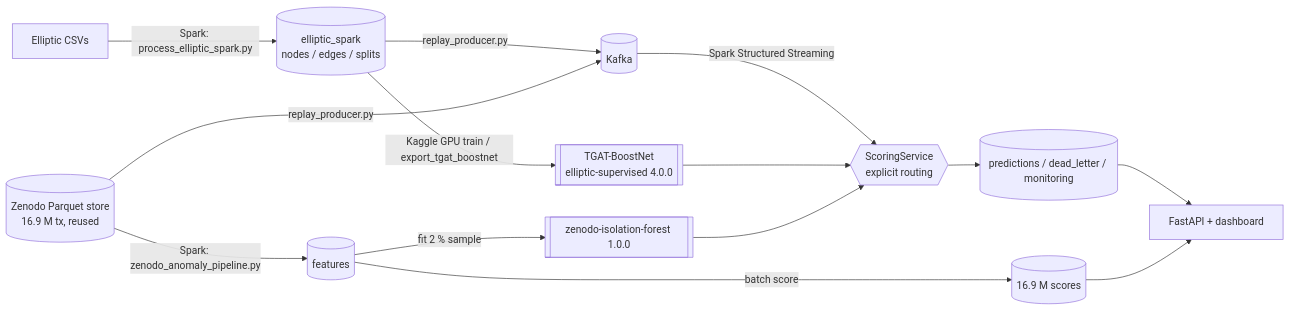
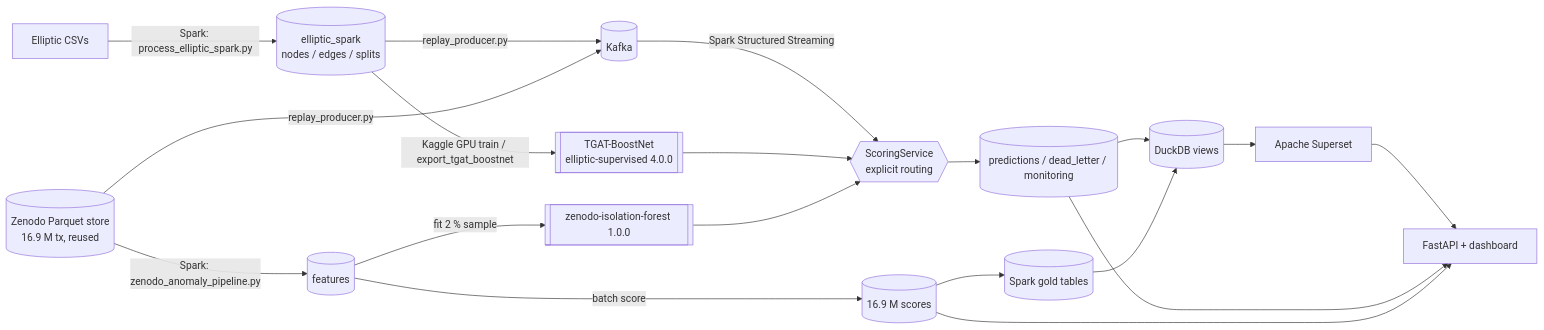
One commit to Rayaanarora/blockchain-streaming-anomaly-detection changed the diagram in README.md. Above: the diagram before and after it, drawn with Mermaid. The commit also changed other lines of this file and 22 other files, not shown here.

````diff
--- a/README.md
+++ b/README.md
@@ -27,16 +28,19 @@
 ```mermaid
 flowchart LR
   EC[Elliptic CSVs] -->|Spark: process_elliptic_spark.py| ES[(elliptic_spark<br/>nodes / edges / splits)]
   ZP[(Zenodo Parquet store<br/>16.9 M tx, reused)] -->|Spark: zenodo_anomaly_pipeline.py| ZF[(features)]
   ES -->|Kaggle GPU train / export_tgat_boostnet| EM[[TGAT-BoostNet<br/>elliptic-supervised 4.0.0]]
   ZF -->|fit 2 % sample| ZM[[zenodo-isolation-forest 1.0.0]]
   ZF -->|batch score| ZS[(16.9 M scores)]
   ES -->|replay_producer.py| K[(Kafka)]
   ZP -->|replay_producer.py| K
   K -->|Spark Structured Streaming| SC{{ScoringService<br/>explicit routing}}
   EM --> SC
   ZM --> SC
   SC --> P[(predictions / dead_letter / monitoring)]
-  P --> D[FastAPI + dashboard]
+  P --> DK[(DuckDB views)]
+  ZS --> G[(Spark gold tables)] --> DK
+  DK --> SS[Apache Superset] --> D[FastAPI + dashboard]
+  P --> D
   ZS --> D
 ```
````
